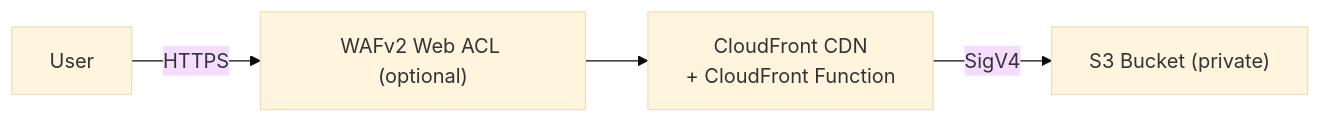
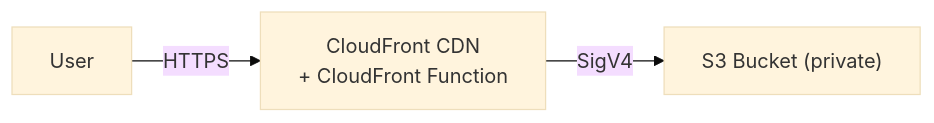
Before and after one commit to Joulss/ddphotos: the second of 2 diagrams in README-DEV.md, drawn with Mermaid (base theme). The commit also changed other lines of this file, not shown here.

Commit message:
Drop WAF in s3

````diff
--- a/README-DEV.md
+++ b/README-DEV.md
@@ -778,6 +778,5 @@
 ```mermaid
 flowchart LR
-    User -->|HTTPS| WAF["WAFv2 Web ACL (optional)"]
-    WAF --> CF["CloudFront CDN\n+ CloudFront Function"]
+    User -->|HTTPS| CF["CloudFront CDN\n+ CloudFront Function"]
     CF -->|SigV4| S3["S3 Bucket (private)"]
 ```
````
